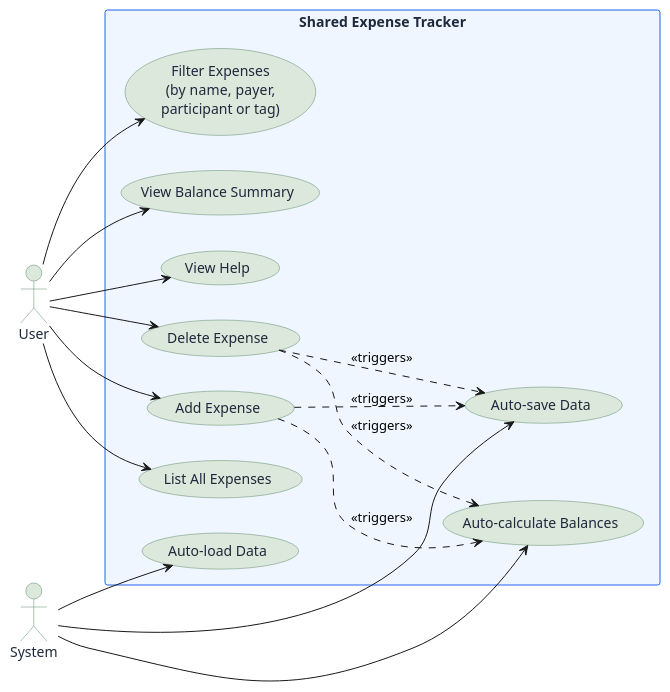
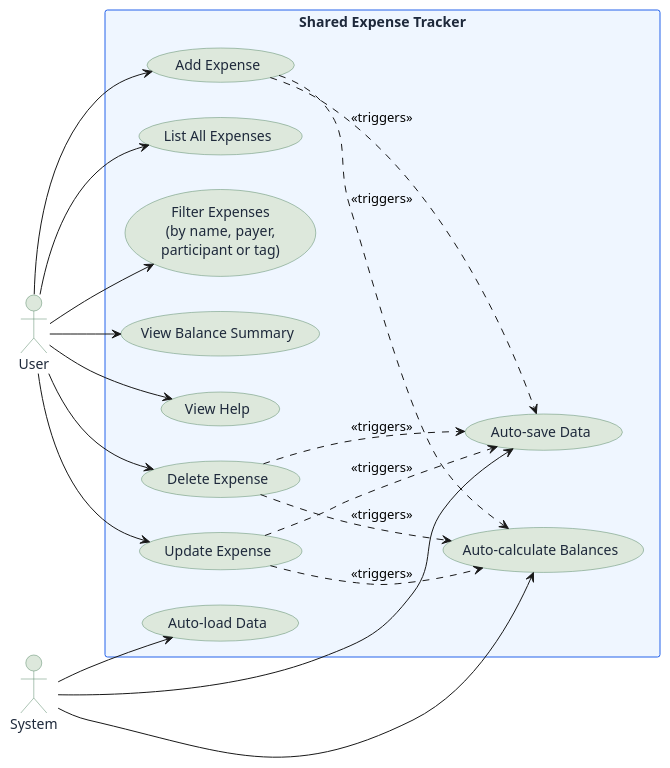
The diagram in docs/architecture/puml/UseCaseDiagram.puml (nus-cs2103de-ay2526s2-grp6/tp), drawn with PlantUML before and after one commit. The commit also changed 1 other file, not shown here.

Commit message:
Add update use case in use case diagram

```diff
--- a/docs/architecture/puml/UseCaseDiagram.puml
+++ b/docs/architecture/puml/UseCaseDiagram.puml
@@ -1,56 +1,60 @@
 @startuml
 
 skinparam backgroundColor white
 skinparam defaultFontName Arial
 left to right direction
 
 skinparam usecase {
     BackgroundColor #DDE8DC
     BorderColor #5A8A6A
     FontColor #1E293B
 }
 
 skinparam actor {
     BackgroundColor #DDE8DC
     BorderColor #5A8A6A
     FontColor #1E293B
 }
 
 skinparam rectangle {
     BackgroundColor #EFF6FF
     BorderColor #2563EB
     FontColor #1E293B
 }
 
 actor User as U
 actor System as S
 
 rectangle "Shared Expense Tracker" {
     usecase "Add Expense" as UC1
     usecase "Delete Expense" as UC2
     usecase "List All Expenses" as UC3
     usecase "Filter Expenses\n(by name, payer,\nparticipant or tag)" as UC4
     usecase "View Balance Summary" as UC5
     usecase "View Help" as UC6
     usecase "Auto-calculate Balances" as UC7
     usecase "Auto-save Data" as UC8
     usecase "Auto-load Data" as UC9
+    usecase "Update Expense" as UC_UPDATE
 }
 
 U --> UC1
 U --> UC2
 U --> UC3
 U --> UC4
 U --> UC5
 U --> UC6
+U --> UC_UPDATE
 
 S --> UC7
 S --> UC8
 S --> UC9
 
 UC1 .down.> UC7 : <<triggers>>
 UC1 .down.> UC8 : <<triggers>>
 UC2 .down.> UC7 : <<triggers>>
 UC2 .down.> UC8 : <<triggers>>
+UC_UPDATE .down.> UC7 : <<triggers>>
+UC_UPDATE .down.> UC8 : <<triggers>>
 
 @enduml
```
